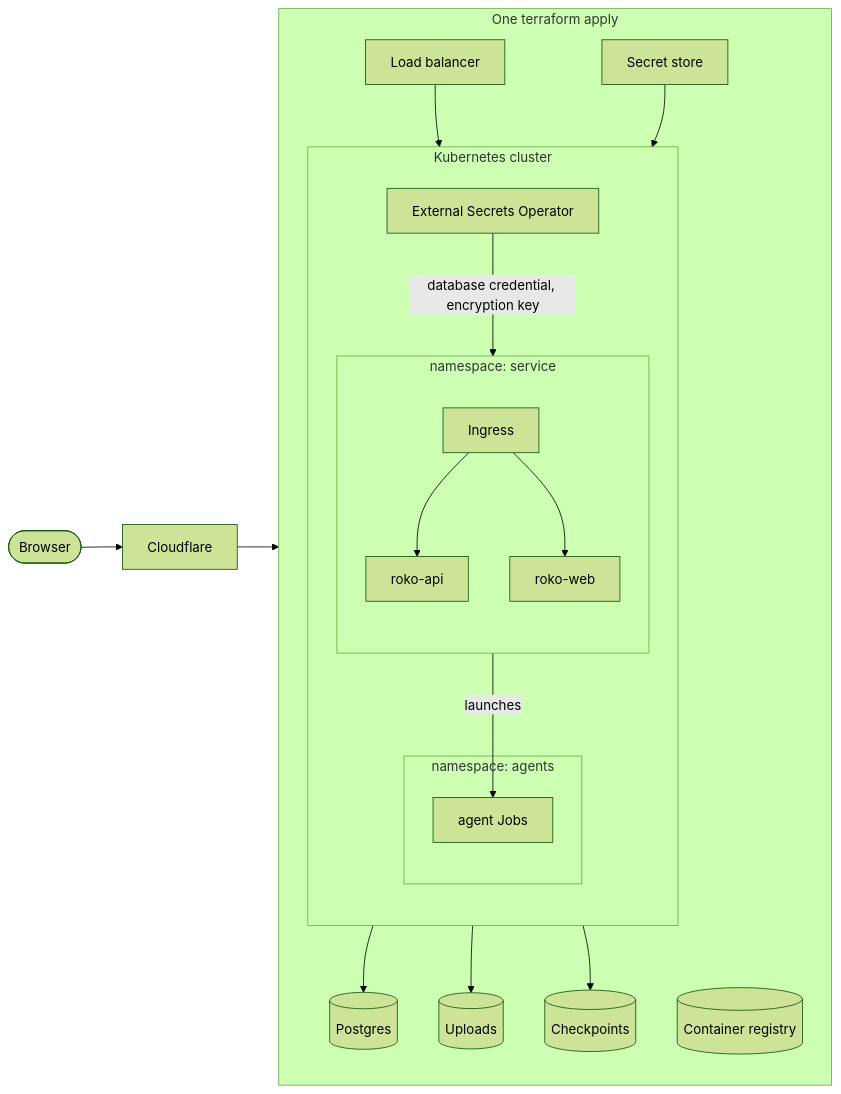
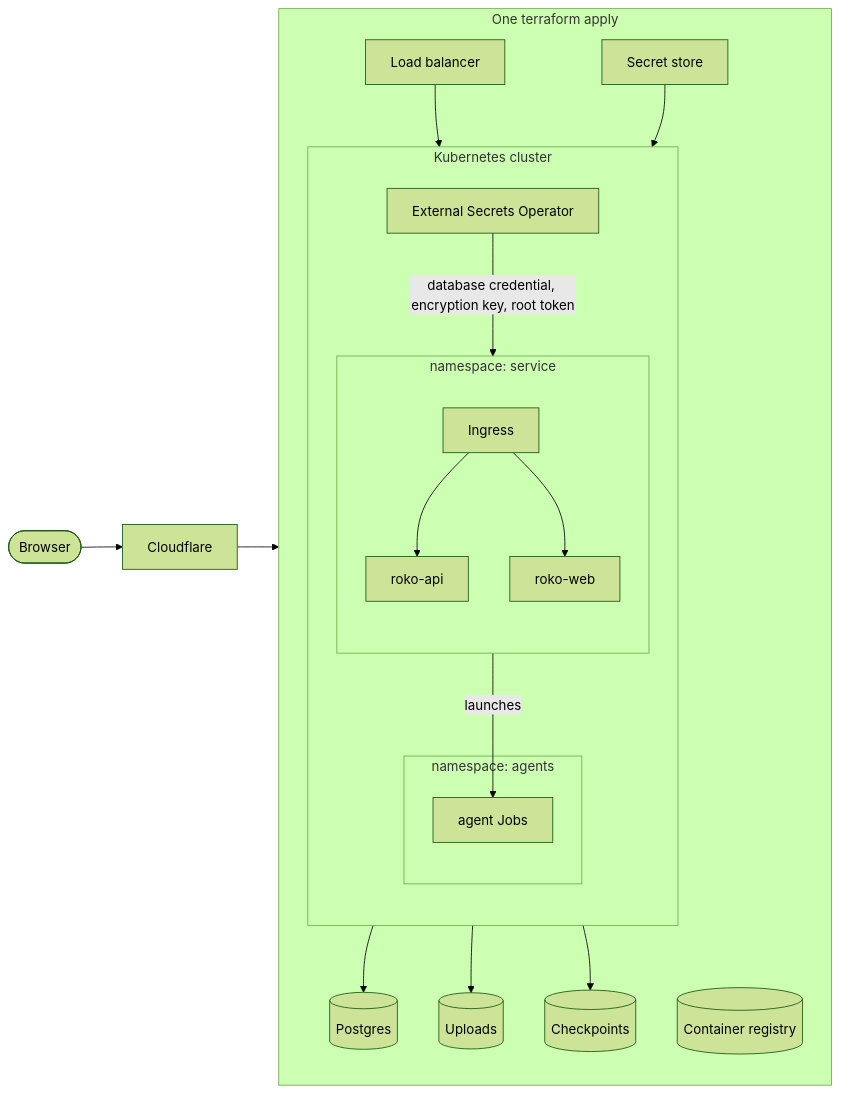
Before and after one commit to ROKOLabs/platform-ops: the first of 3 diagrams in platform/deploy/tf/README.md, drawn with Mermaid (forest theme). The commit also changed other lines of this file and 6 other files, not shown here.

First line of the commit message:
Generate the root token in both Terraform modules (#29)

````diff
--- a/platform/deploy/tf/README.md
+++ b/platform/deploy/tf/README.md
@@ -11,37 +11,37 @@
 ```mermaid
 flowchart LR
   browser([Browser]) --> cf[Cloudflare]
 
   subgraph apply["One terraform apply"]
     direction TB
     lb[Load balancer]
 
     subgraph cluster["Kubernetes cluster"]
       direction TB
       subgraph service["namespace: service"]
         direction TB
         ingress[Ingress] --> api[roko-api]
         ingress --> web[roko-web]
       end
       subgraph agents["namespace: agents"]
         jobs[agent Jobs]
       end
       eso[External Secrets Operator]
     end
 
     pg[(Postgres)]
     uploads[(Uploads)]
     checkpoints[(Checkpoints)]
     secrets[Secret store]
     registry[(Container registry)]
   end
 
   cf --> lb
   lb --> ingress
   api --> pg
   api --> uploads
   api -- launches --> jobs
   jobs --> checkpoints
   secrets --> eso
-  eso -- database credential, encryption key --> api
+  eso -- database credential, encryption key, root token --> api
 ```
````
